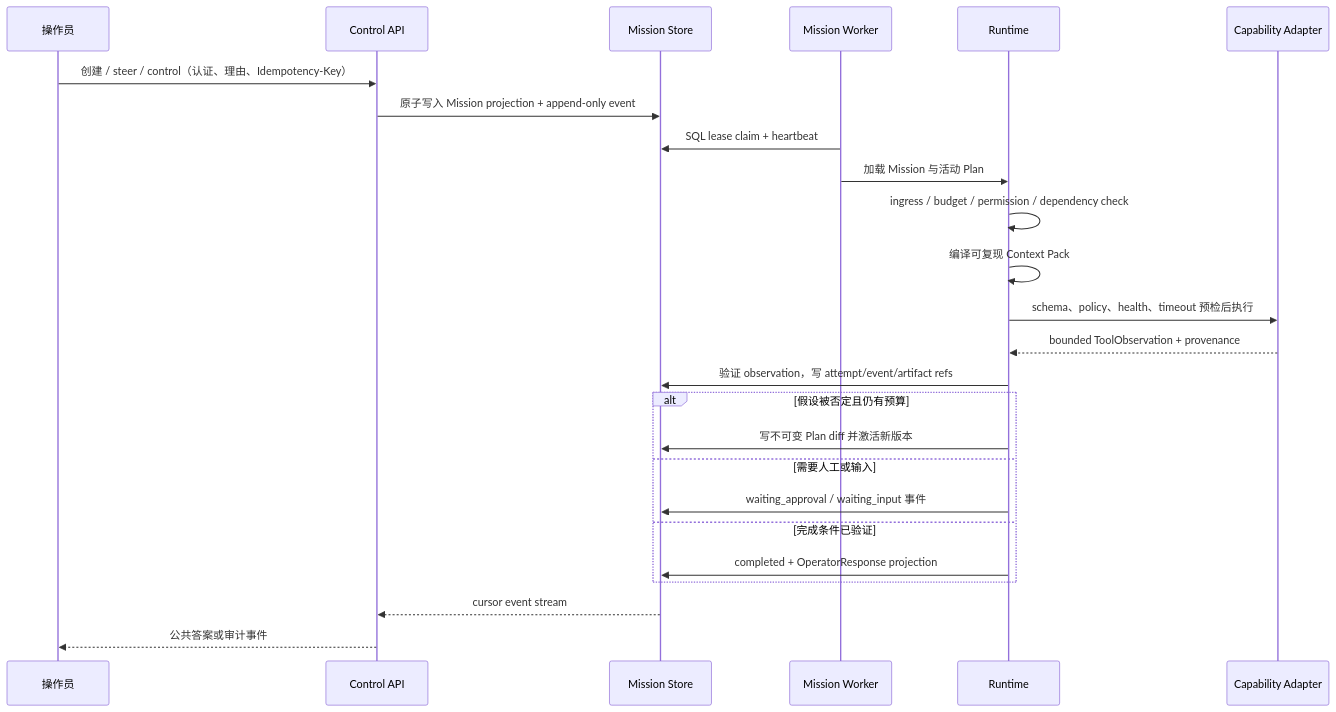
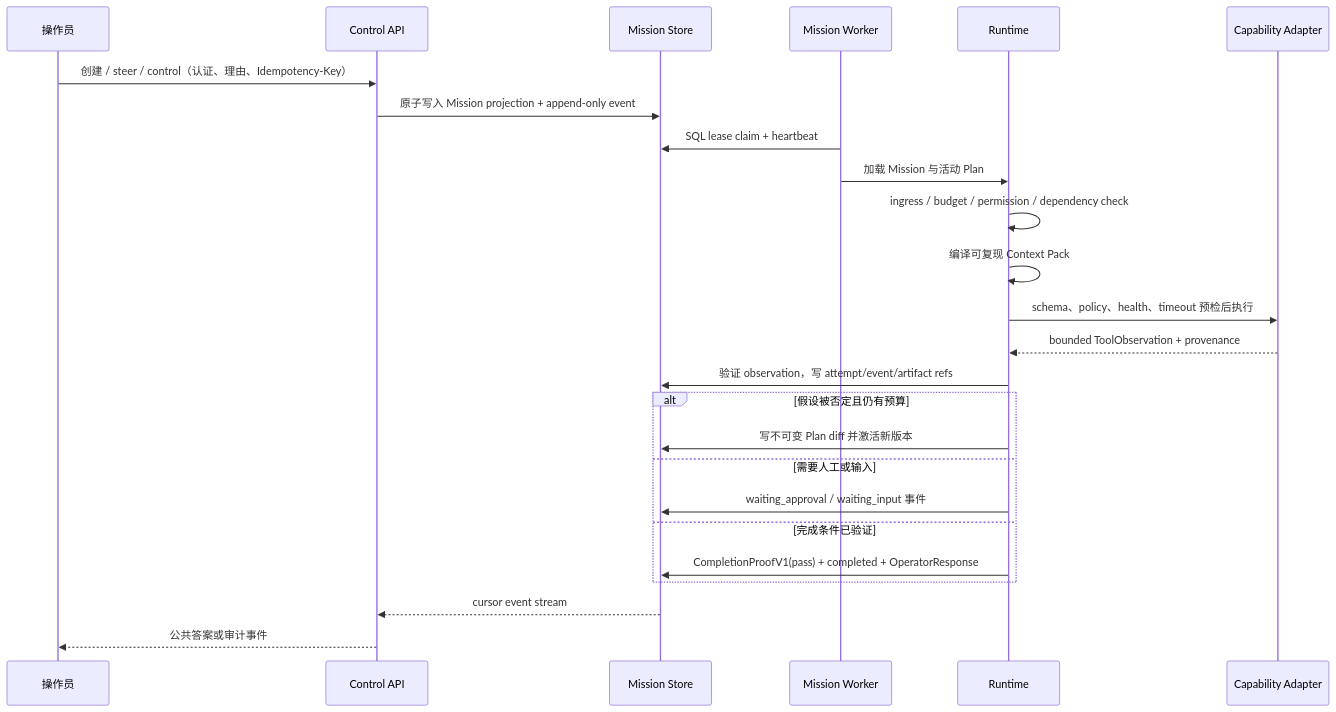
Before and after one commit to Shadowell/HyperTrade: the second of 2 diagrams in docs/architecture/33-system-architecture.md, drawn with Mermaid. The commit also changed other lines of this file and 22 other files, not shown here.

```diff
--- a/docs/architecture/33-system-architecture.md
+++ b/docs/architecture/33-system-architecture.md
@@ -109,28 +109,28 @@
 ~~~mermaid
 sequenceDiagram
   participant O as 操作员
   participant C as Control API
   participant S as Mission Store
   participant W as Mission Worker
   participant R as Runtime
   participant X as Capability Adapter
 
   O->>C: 创建 / steer / control（认证、理由、Idempotency-Key）
   C->>S: 原子写入 Mission projection + append-only event
   W->>S: SQL lease claim + heartbeat
   W->>R: 加载 Mission 与活动 Plan
   R->>R: ingress / budget / permission / dependency check
   R->>R: 编译可复现 Context Pack
   R->>X: schema、policy、health、timeout 预检后执行
   X-->>R: bounded ToolObservation + provenance
   R->>S: 验证 observation，写 attempt/event/artifact refs
   alt 假设被否定且仍有预算
     R->>S: 写不可变 Plan diff 并激活新版本
   else 需要人工或输入
     R->>S: waiting_approval / waiting_input 事件
   else 完成条件已验证
-    R->>S: completed + OperatorResponse projection
+    R->>S: CompletionProofV1(pass) + completed + OperatorResponse
   end
   S-->>C: cursor event stream
   C-->>O: 公共答案或审计事件
 ~~~
```
